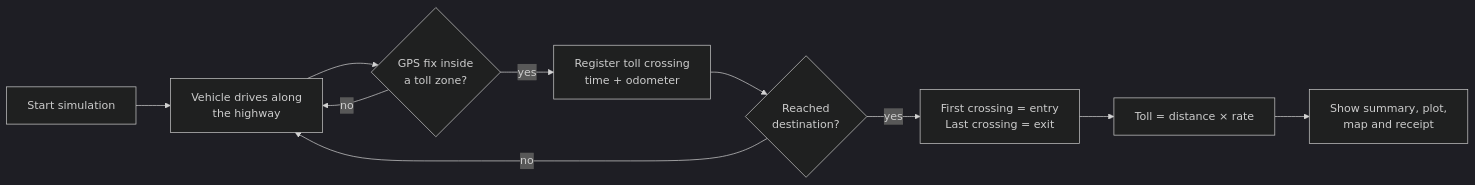
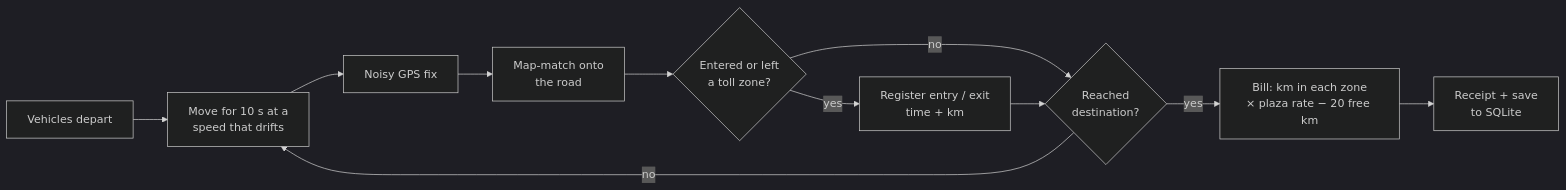
Before and after one commit to Kes2003/gps-toll-system: the first of 2 diagrams in README.md, drawn with Mermaid (dark theme). The commit also changed other lines of this file and 27 other files, not shown here.

````diff
--- a/README.md
+++ b/README.md
@@ -56,12 +67,13 @@
 ```mermaid
 flowchart LR
-    A[Start simulation] --> B[Vehicle drives along<br/>the highway]
-    B --> C{GPS fix inside<br/>a toll zone?}
-    C -- no --> B
-    C -- yes --> D[Register toll crossing<br/>time + odometer]
-    D --> E{Reached<br/>destination?}
-    E -- no --> B
-    E -- yes --> F[First crossing = entry<br/>Last crossing = exit]
-    F --> G[Toll = distance × rate]
-    G --> H[Show summary, plot,<br/>map and receipt]
+    A[Vehicles depart] --> B[Move for 10 s at a<br/>speed that drifts]
+    B --> C[Noisy GPS fix]
+    C --> D[Map-match onto<br/>the road]
+    D --> E{Entered or left<br/>a toll zone?}
+    E -- yes --> F[Register entry / exit<br/>time + km]
+    E -- no --> G{Reached<br/>destination?}
+    F --> G
+    G -- no --> B
+    G -- yes --> H[Bill: km in each zone<br/>× plaza rate − 20 free km]
+    H --> I[Receipt + save<br/>to SQLite]
 ```
````
